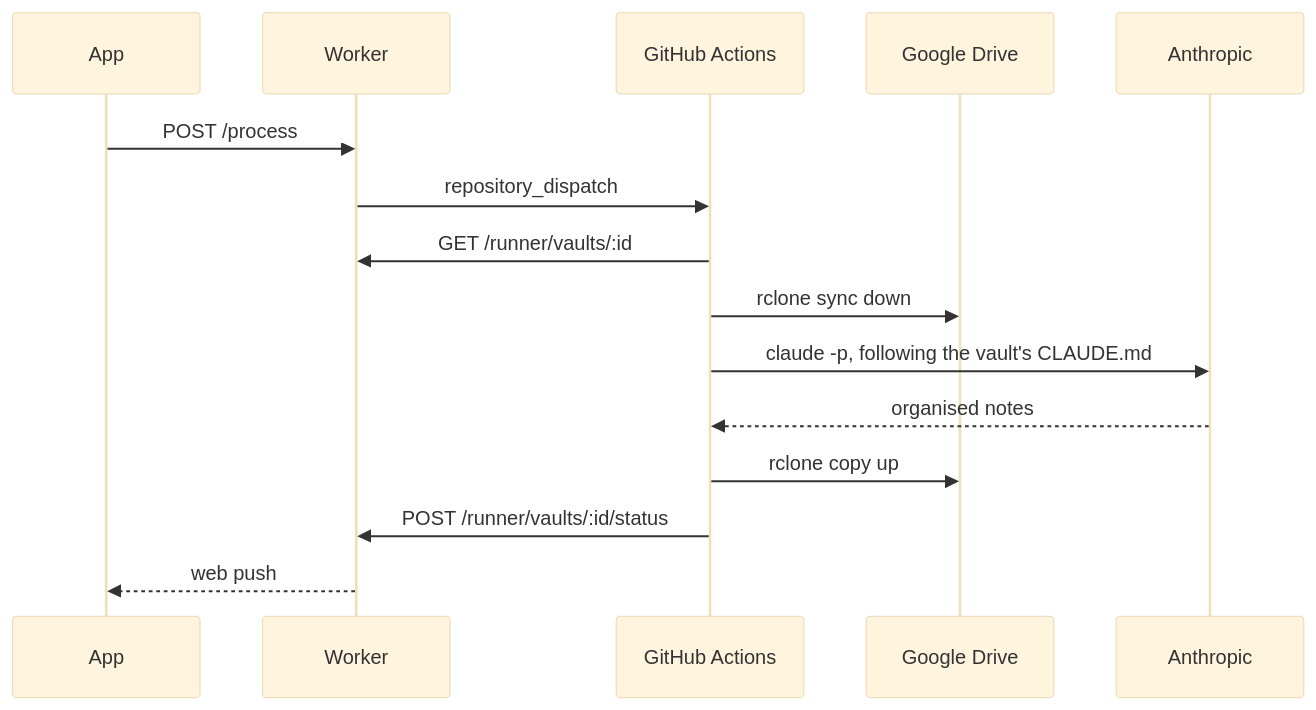
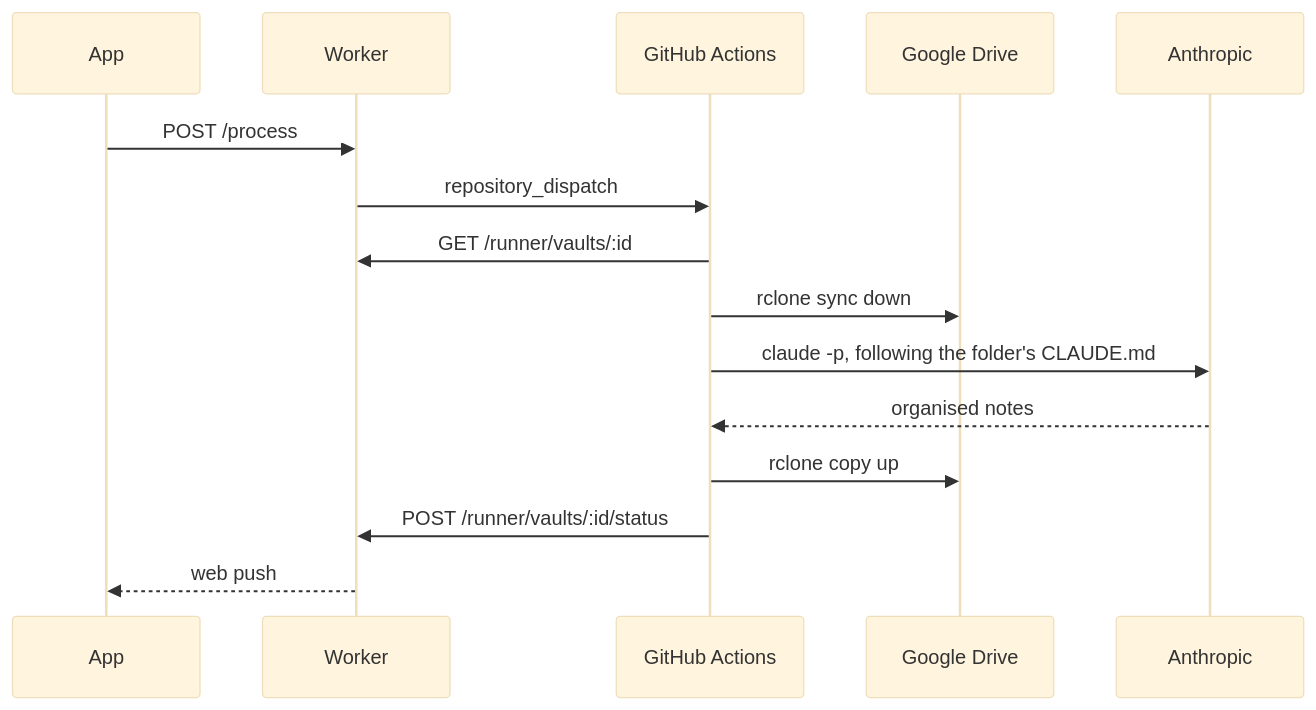
The second of 2 diagrams in README.md (deluispablo/bower), drawn with Mermaid (base theme) before and after one commit. The commit also changed other lines of this file and 39 other files, not shown here.

````diff
--- a/README.md
+++ b/README.md
@@ -63,17 +88,17 @@
 ```mermaid
 sequenceDiagram
     participant App
     participant Worker
     participant Actions as GitHub Actions
     participant Drive as Google Drive
     participant Anthropic
     App->>Worker: POST /process
     Worker->>Actions: repository_dispatch
     Actions->>Worker: GET /runner/vaults/:id
     Actions->>Drive: rclone sync down
-    Actions->>Anthropic: claude -p, following the vault's CLAUDE.md
+    Actions->>Anthropic: claude -p, following the folder's CLAUDE.md
     Anthropic-->>Actions: organised notes
     Actions->>Drive: rclone copy up
     Actions->>Worker: POST /runner/vaults/:id/status
     Worker-->>App: web push
 ```
````
